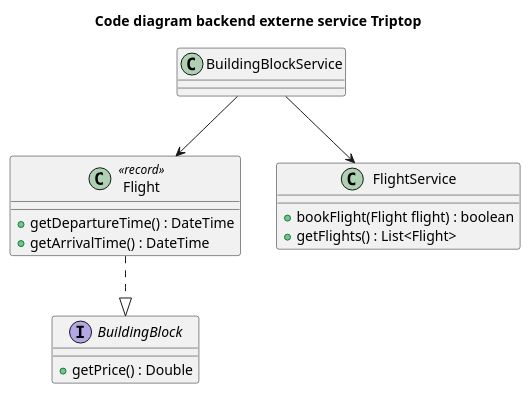
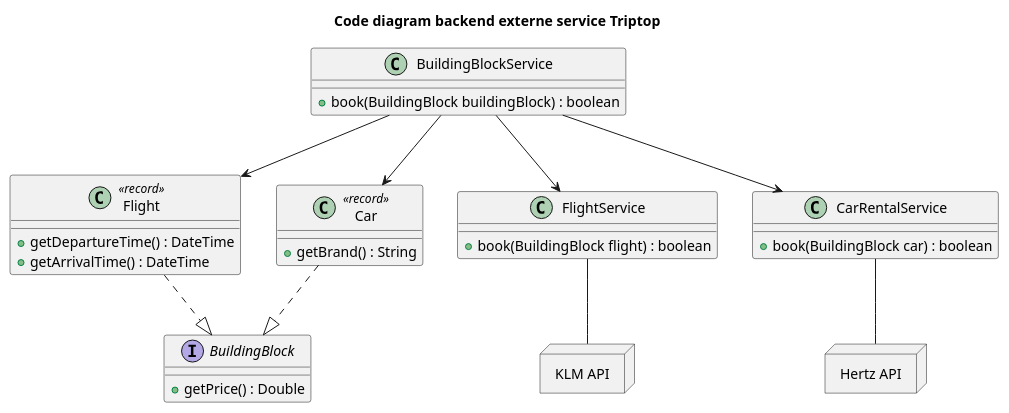
The diagram in Stefan c4 code diagram backend.puml (AIM-ENE-feb25/triptop-groep-tweeeeeeeeeeeeeeeeeeeeee), drawn with PlantUML before and after one commit. The commit also changed 9 other files, not shown here.

Commit message:
c4 diagram backend

```diff
--- a/Stefan c4 code diagram backend.puml
+++ b/Stefan c4 code diagram backend.puml
@@ -1,26 +1,47 @@
 @startuml
 
 title Code diagram backend externe service Triptop
 
 class Flight <<record>> {
     +getDepartureTime() : DateTime
     +getArrivalTime() : DateTime
 }
 
+class Car <<record>> {
+    +getBrand() : String
+}
+
 class BuildingBlockService {
+    +book(BuildingBlock buildingBlock) : boolean
 }
 
 class FlightService {
-    +bookFlight(Flight flight) : boolean
-    +getFlights() : List<Flight>
+    +book(BuildingBlock flight) : boolean
+}
+
+class CarRentalService {
+    +book(BuildingBlock car) : boolean
 }
 
 interface BuildingBlock {
     +getPrice() : Double
 }
 
 BuildingBlockService --> FlightService
+BuildingBlockService --> CarRentalService
+BuildingBlockService --> Car
 BuildingBlockService --> Flight
 Flight ..|> BuildingBlock
+Car ..|> BuildingBlock
+
+
+node "KLM API" as KLM {
+}
+
+node "Hertz API" as Hertz {
+}
+
+FlightService -- KLM
+CarRentalService -- Hertz
 
 @enduml
```
